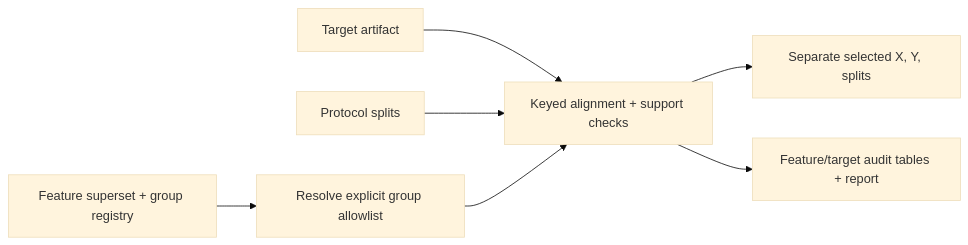
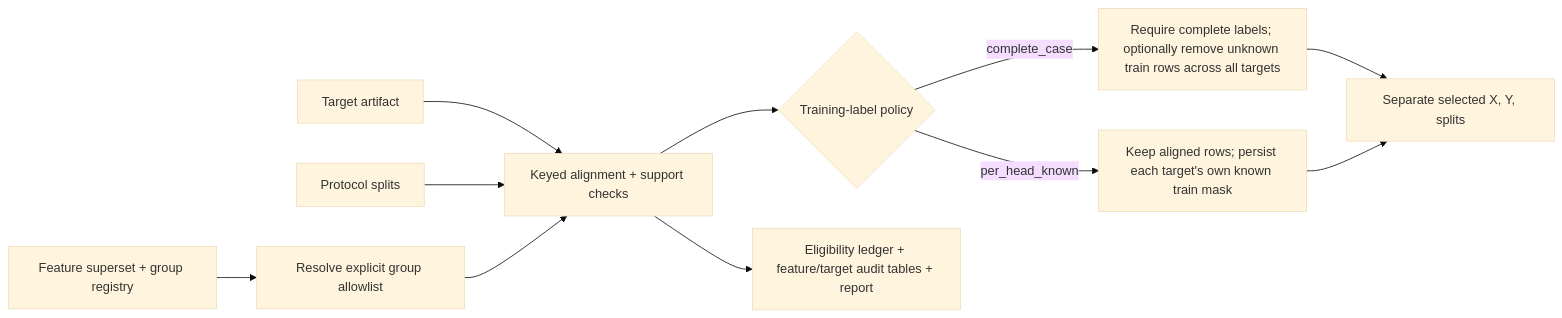
The diagram in Backend/Benchmark/pretrain_audit/FLOW.md (lawnguyenit/AgriFusion-IoT), drawn with Mermaid (base theme) before and after one commit. The commit also changed other lines of this file and 67 other files, not shown here.

````diff
--- a/Backend/Benchmark/pretrain_audit/FLOW.md
+++ b/Backend/Benchmark/pretrain_audit/FLOW.md
@@ -3,9 +3,13 @@
 ```mermaid
 flowchart LR
     A["Feature superset + group registry"] --> B["Resolve explicit group allowlist"]
     C["Target artifact"] --> D["Keyed alignment + support checks"]
     E["Protocol splits"] --> D
     B --> D
-    D --> F["Separate selected X, Y, splits"]
-    D --> G["Feature/target audit tables + report"]
+    D --> F{"Training-label policy"}
+    F -->|"complete_case"| F1["Require complete labels; optionally remove unknown train rows across all targets"]
+    F -->|"per_head_known"| F2["Keep aligned rows; persist each target's own known train mask"]
+    F1 --> G["Separate selected X, Y, splits"]
+    F2 --> G
+    D --> H["Eligibility ledger + feature/target audit tables + report"]
 ```
````
